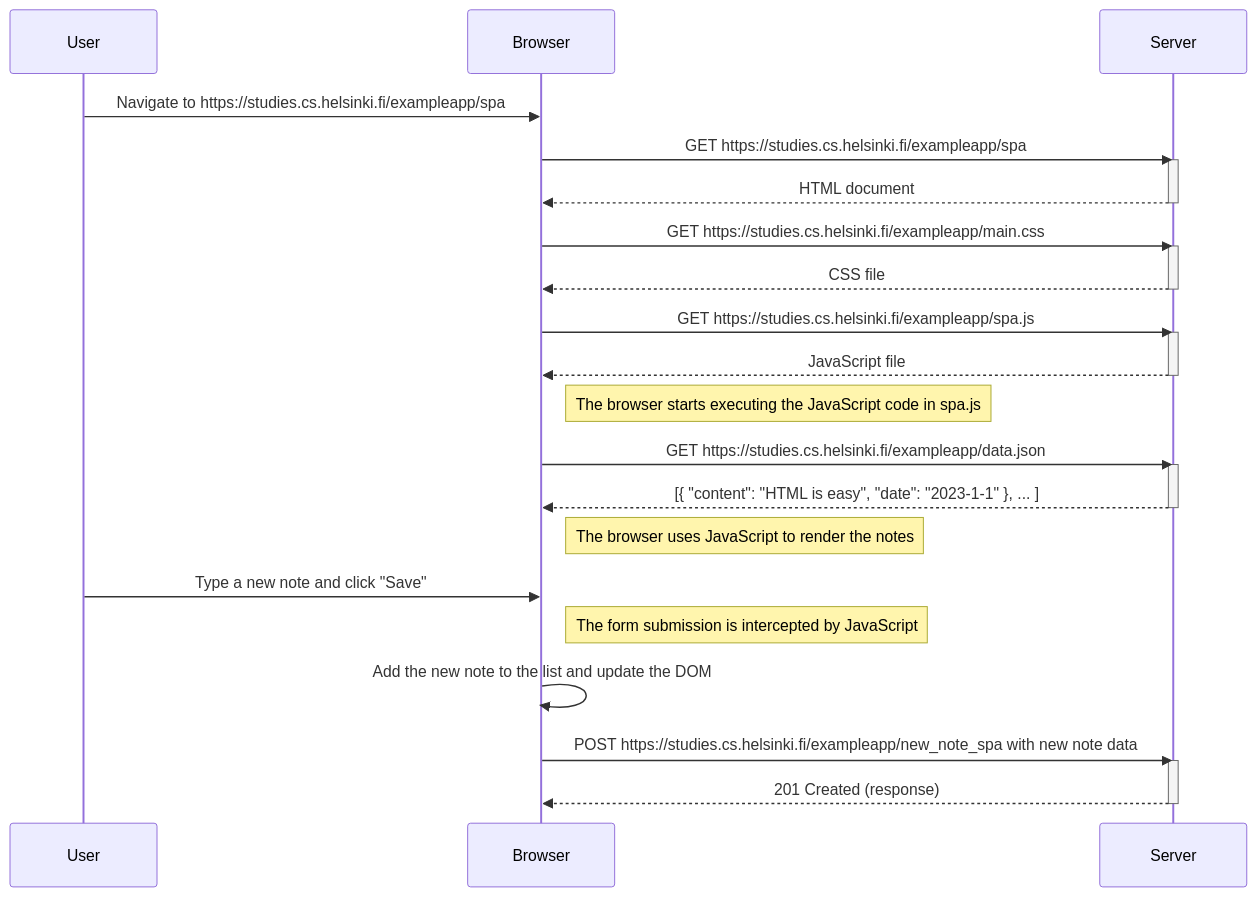
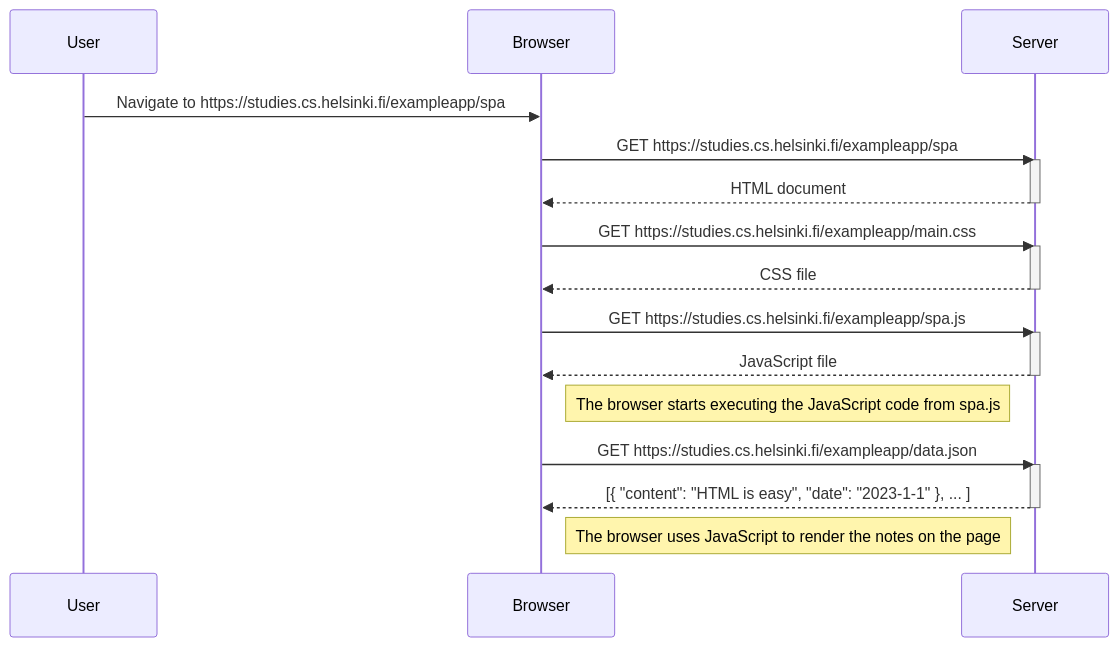
Before and after one commit to cuitrying/FullStackProject: the diagram in part0/ex0_5.md, drawn with Mermaid. The commit also changed 1 other file, not shown here.

Commit message:
Update ex0

````diff
--- a/part0/ex0_5.md
+++ b/part0/ex0_5.md
@@ -1,42 +1,32 @@
 ```mermaid
 sequenceDiagram
     participant User
     participant Browser
     participant Server
 
     User->>Browser: Navigate to https://studies.cs.helsinki.fi/exampleapp/spa
     Browser->>Server: GET https://studies.cs.helsinki.fi/exampleapp/spa
     activate Server
     Server-->>Browser: HTML document
     deactivate Server
 
     Browser->>Server: GET https://studies.cs.helsinki.fi/exampleapp/main.css
     activate Server
     Server-->>Browser: CSS file
     deactivate Server
 
     Browser->>Server: GET https://studies.cs.helsinki.fi/exampleapp/spa.js
     activate Server
     Server-->>Browser: JavaScript file
     deactivate Server
 
-    Note right of Browser: The browser starts executing the JavaScript code in spa.js
+    Note right of Browser: The browser starts executing the JavaScript code from spa.js
 
     Browser->>Server: GET https://studies.cs.helsinki.fi/exampleapp/data.json
     activate Server
     Server-->>Browser: [{ "content": "HTML is easy", "date": "2023-1-1" }, ... ]
     deactivate Server
 
-    Note right of Browser: The browser uses JavaScript to render the notes
-
-    User->>Browser: Type a new note and click "Save"
-    Note right of Browser: The form submission is intercepted by JavaScript
-
-    Browser->>Browser: Add the new note to the list and update the DOM
-
-    Browser->>Server: POST https://studies.cs.helsinki.fi/exampleapp/new_note_spa with new note data
-    activate Server
-    Server-->>Browser: 201 Created (response)
-    deactivate Server
+    Note right of Browser: The browser uses JavaScript to render the notes on the page
 
 ```
````
